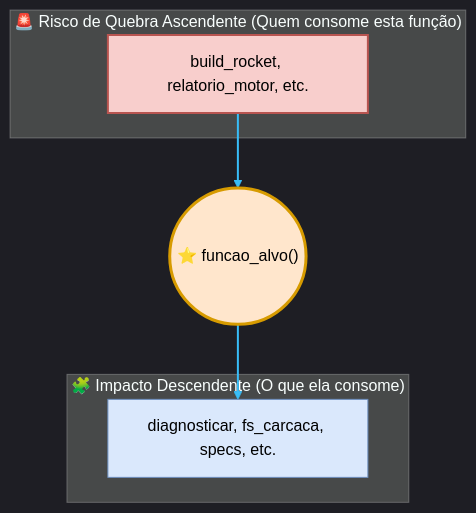
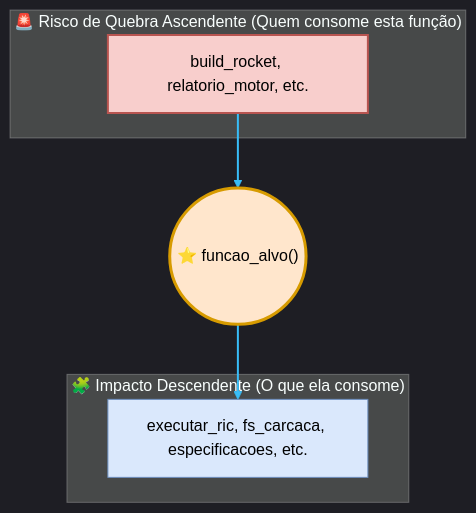
Before and after one commit to Supernova-Sim/Simulator-GUI-Python: the second of 2 diagrams in centralControle/GUIA_VISUALIZACAO.md, drawn with Mermaid. The commit also changed other lines of this file and 130 other files, not shown here.

````diff
--- a/centralControle/GUIA_VISUALIZACAO.md
+++ b/centralControle/GUIA_VISUALIZACAO.md
@@ -77,21 +77,21 @@
 ```mermaid
 %%{init: {'theme': 'dark', 'themeVariables': { 'lineColor': '#38bdf8' }}}%%
 graph TD
     classDef target fill:#ffe6cc,stroke:#d79b00,stroke-width:3px,color:#000
     classDef upward fill:#f8cecc,stroke:#b85450,stroke-width:2px,color:#000
     classDef downward fill:#dae8fc,stroke:#6c8ebf,stroke-width:1px,color:#000
 
     subgraph Ascendente["🚨 Risco de Quebra Ascendente (Quem consome esta função)"]
         caller["build_rocket, relatorio_motor, etc."]:::upward
     end
 
     ALVO(("⭐ funcao_alvo()")):::target
 
     subgraph Descendente["🧩 Impacto Descendente (O que ela consome)"]
-        callee["diagnosticar, fs_carcaca, specs, etc."]:::downward
+        callee["executar_ric, fs_carcaca, especificacoes, etc."]:::downward
     end
 
     caller --> ALVO
     ALVO --> callee
     linkStyle default stroke:#38bdf8,stroke-width:2px;
 ```
````
